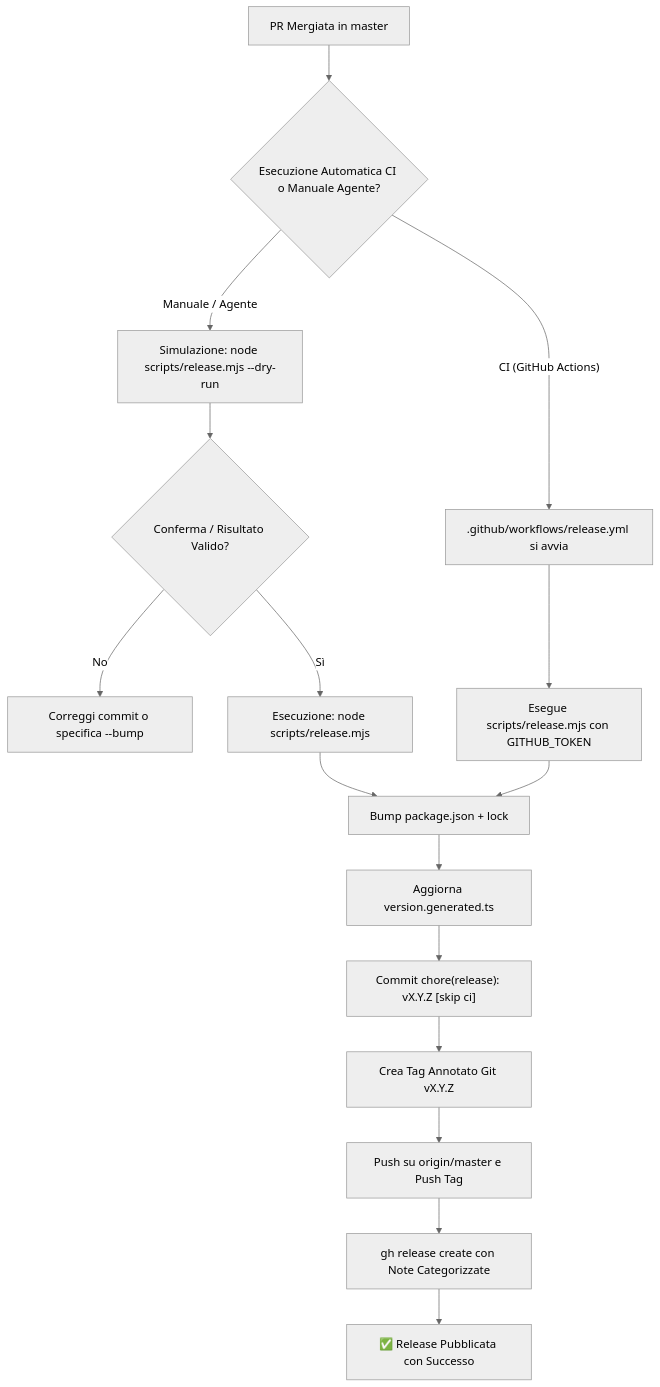
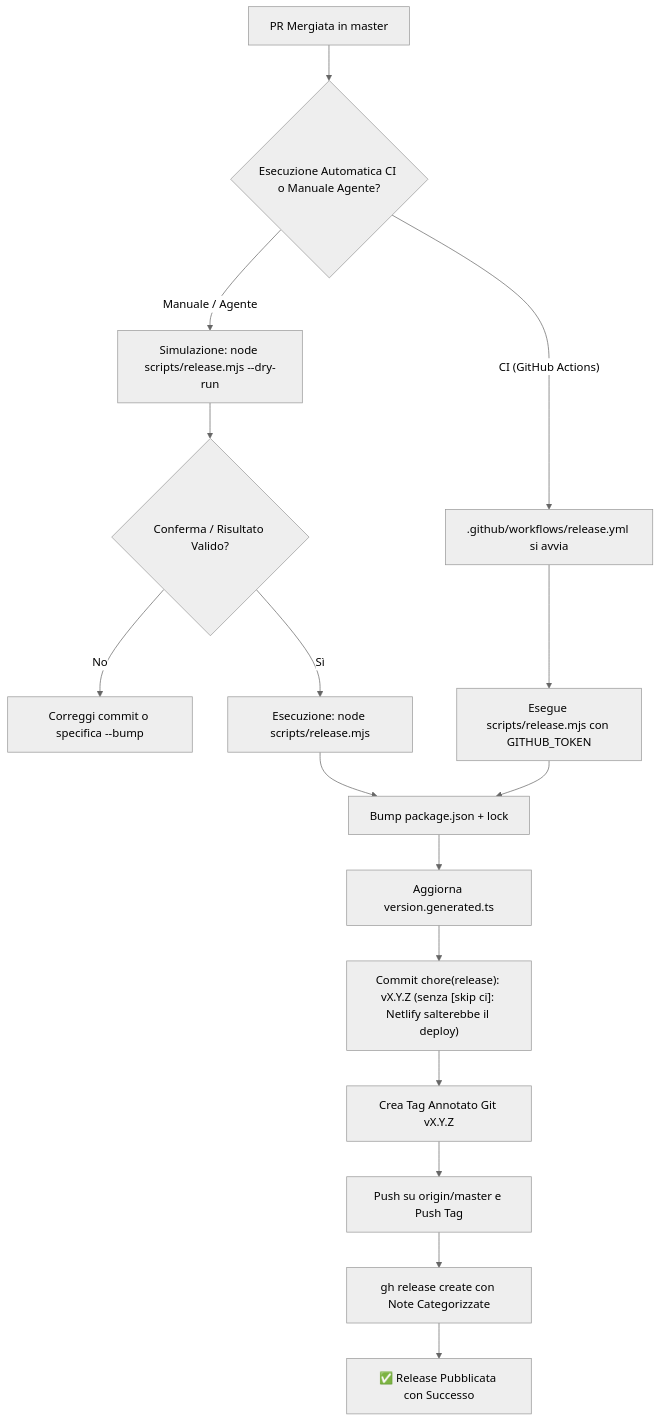
Before and after one commit to xdelmo/Portfolio-minimal: the diagram in .agents/skills/pr-release/SKILL.md, drawn with Mermaid (neutral theme). The commit also changed other lines of this file and 3 other files, not shown here.

First line of the commit message:
fix: the release commit no longer carries [skip ci], so Netlify deploys the new version and the footer shows it (#386)

````diff
--- a/.agents/skills/pr-release/SKILL.md
+++ b/.agents/skills/pr-release/SKILL.md
@@ -37,18 +37,18 @@
 ```mermaid
 flowchart TD
     A["PR Mergiata in master"] --> B{"Esecuzione Automatica CI o Manuale Agente?"}
     B -- "CI (GitHub Actions)" --> C[".github/workflows/release.yml si avvia"]
     B -- "Manuale / Agente" --> D["Simulazione: node scripts/release.mjs --dry-run"]
     D --> E{"Conferma / Risultato Valido?"}
     E -- No --> F["Correggi commit o specifica --bump"]
     E -- Sì --> G["Esecuzione: node scripts/release.mjs"]
     C --> H["Esegue scripts/release.mjs con GITHUB_TOKEN"]
     G --> I["Bump package.json + lock"]
     H --> I
     I --> J["Aggiorna version.generated.ts"]
-    J --> K["Commit chore(release): vX.Y.Z [skip ci]"]
+    J --> K["Commit chore(release): vX.Y.Z (senza [skip ci]: Netlify salterebbe il deploy)"]
     K --> L["Crea Tag Annotato Git vX.Y.Z"]
     L --> M["Push su origin/master e Push Tag"]
     M --> N["gh release create con Note Categorizzate"]
     N --> O["✅ Release Pubblicata con Successo"]
 ```
````
